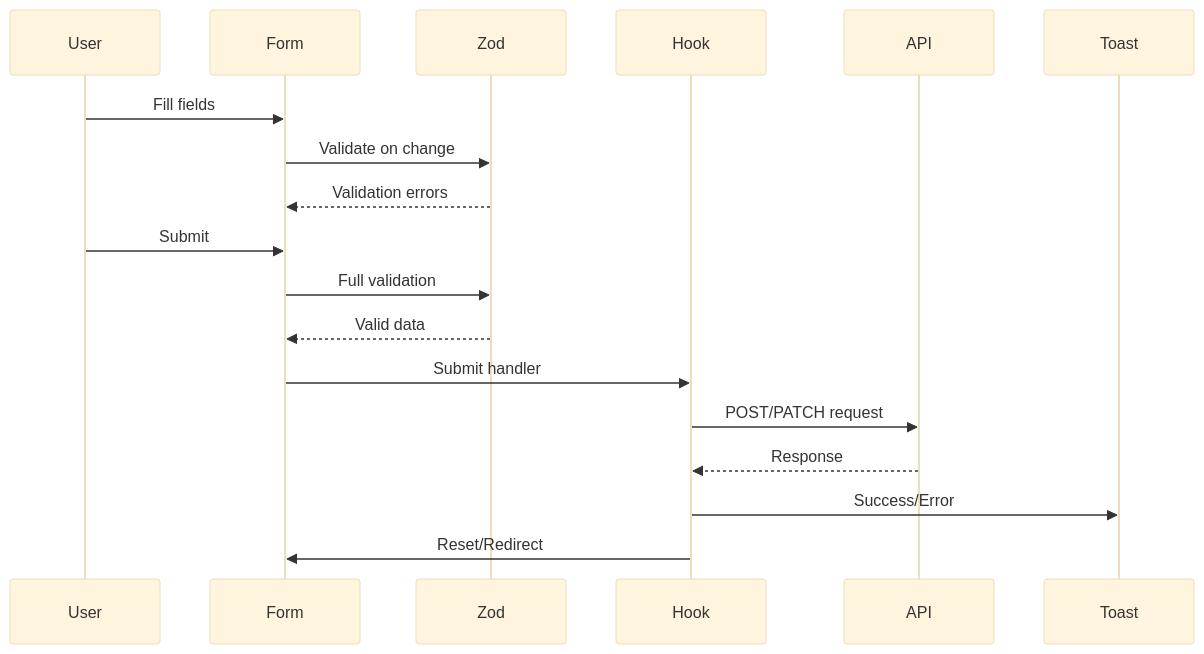
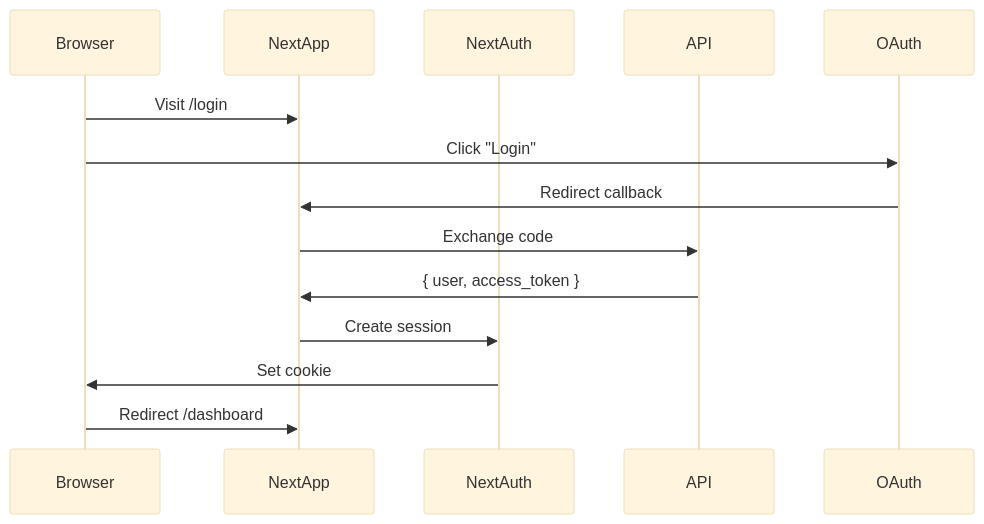
Before and after one commit to Smashkat12/crechebooks: the first of 2 diagrams in docs/architecture/frontend-architecture.md, drawn with Mermaid (base theme). The commit also changed other lines of this file and 145 other files, not shown here.

````diff
--- a/docs/architecture/frontend-architecture.md
+++ b/docs/architecture/frontend-architecture.md
@@ -303,21 +210,17 @@
 ```mermaid
 sequenceDiagram
-    participant User
-    participant Form
-    participant Zod
-    participant Hook
+    participant Browser
+    participant NextApp
+    participant NextAuth
     participant API
-    participant Toast
+    participant OAuth
 
-    User->>Form: Fill fields
-    Form->>Zod: Validate on change
-    Zod-->>Form: Validation errors
-    User->>Form: Submit
-    Form->>Zod: Full validation
-    Zod-->>Form: Valid data
-    Form->>Hook: Submit handler
-    Hook->>API: POST/PATCH request
-    API-->>Hook: Response
-    Hook->>Toast: Success/Error
-    Hook->>Form: Reset/Redirect
+    Browser->>NextApp: Visit /login
+    Browser->>OAuth: Click "Login"
+    OAuth->>NextApp: Redirect callback
+    NextApp->>API: Exchange code
+    API->>NextApp: { user, access_token }
+    NextApp->>NextAuth: Create session
+    NextAuth->>Browser: Set cookie
+    Browser->>NextApp: Redirect /dashboard
 ```
````
